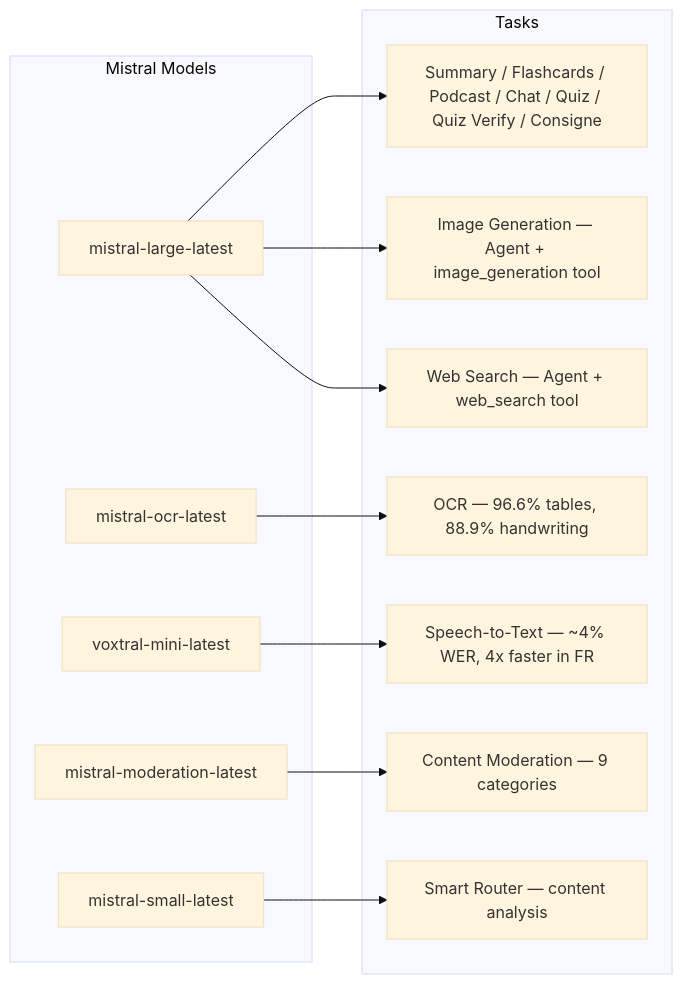
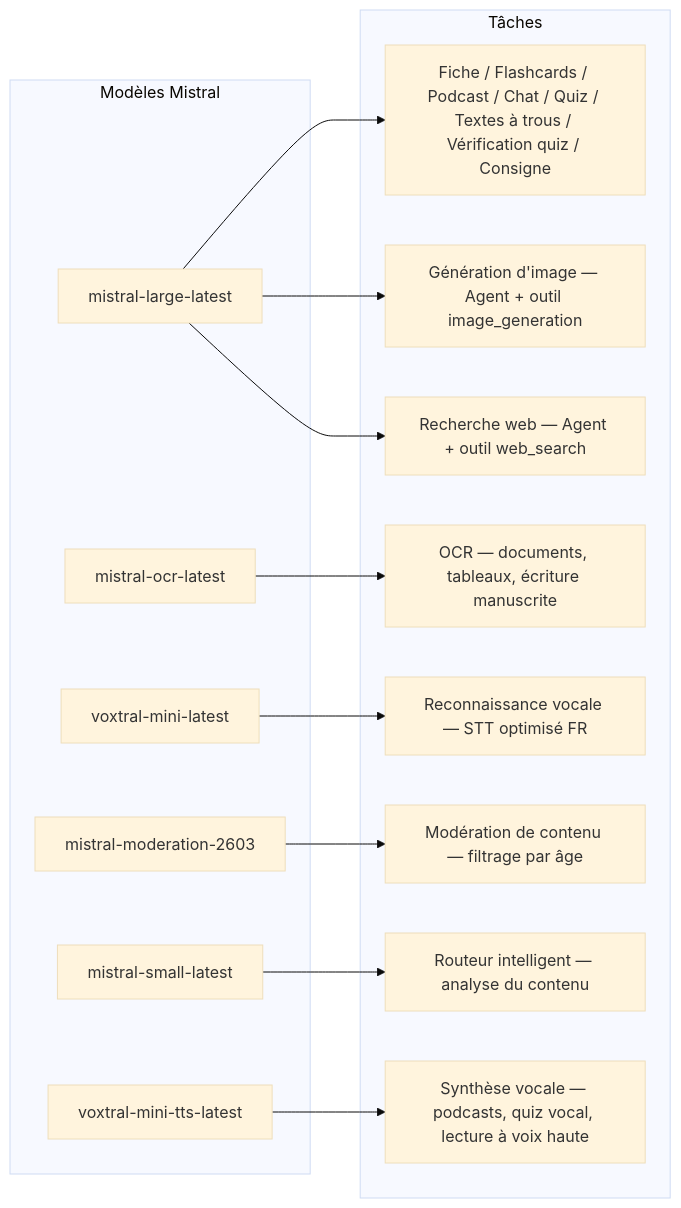
Before and after one commit to jls42/EurekAI: the second of 3 diagrams in README-en.md, drawn with Mermaid (base theme). The commit also changed other lines of this file and 52 other files, not shown here.

````diff
--- a/README-en.md
+++ b/README-en.md
@@ -102,28 +117,31 @@
 ```mermaid
 flowchart LR
-    subgraph "Mistral Models"
+    subgraph "Modèles Mistral"
         ML["mistral-large-latest"]
         MO["mistral-ocr-latest"]
         MV["voxtral-mini-latest"]
-        MMod["mistral-moderation-latest"]
+        MMod["mistral-moderation-2603"]
         MS["mistral-small-latest"]
+        MTTS["voxtral-mini-tts-latest"]
     end
 
-    subgraph "Tasks"
-        T1["Summary / Flashcards / Podcast / Chat / Quiz / Quiz Verify / Consigne"]
-        T2["OCR — 96.6% tables, 88.9% handwriting"]
-        T3["Speech-to-Text — ~4% WER, 4x faster in FR"]
-        T4["Content Moderation — 9 categories"]
-        T5["Smart Router — content analysis"]
-        T6["Image Generation — Agent + image_generation tool"]
-        T7["Web Search — Agent + web_search tool"]
+    subgraph "Tâches"
+        T1["Fiche / Flashcards / Podcast / Chat / Quiz / Textes à trous / Vérification quiz / Consigne"]
+        T2["OCR — documents, tableaux, écriture manuscrite"]
+        T3["Reconnaissance vocale — STT optimisé FR"]
+        T4["Modération de contenu — filtrage par âge"]
+        T5["Routeur intelligent — analyse du contenu"]
+        T6["Génération d'image — Agent + outil image_generation"]
+        T7["Recherche web — Agent + outil web_search"]
+        T8["Synthèse vocale — podcasts, quiz vocal, lecture à voix haute"]
     end
 
     ML --> T1
     MO --> T2
     MV --> T3
     MMod --> T4
     MS --> T5
     ML --> T6
     ML --> T7
+    MTTS --> T8
 ```
````
